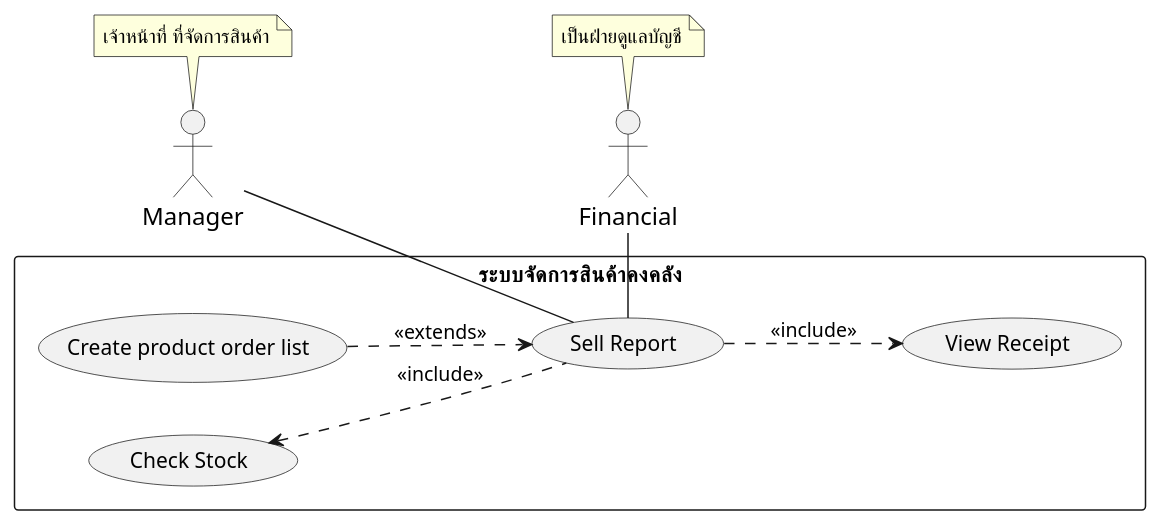
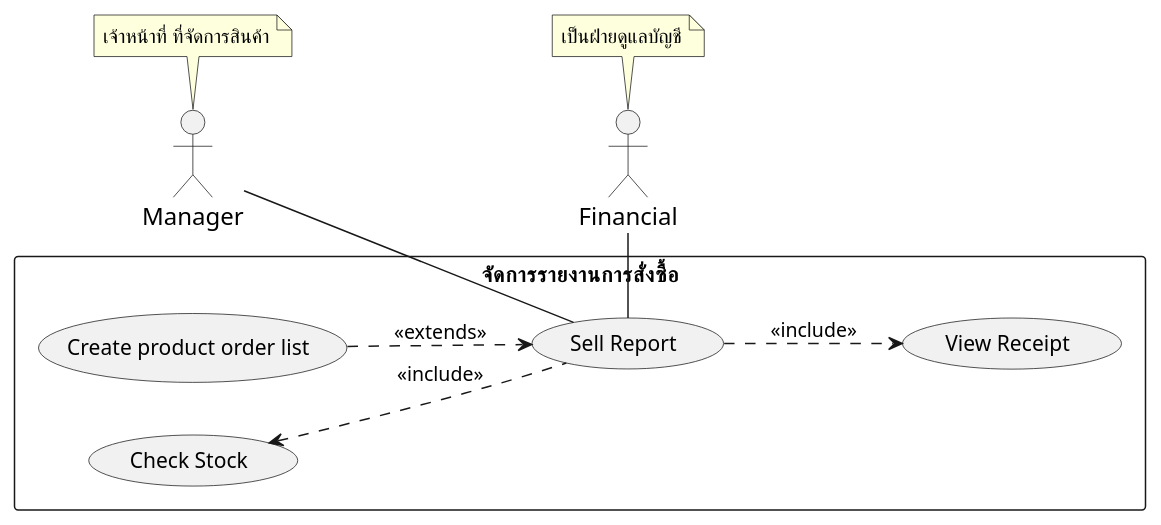
One commit to billowdev/inventory-system-plantuml-sequelize-seeder-example changed the diagram in system-analysis/usecase/_7_usecase-sell-report.puml. Above: the diagram before and after it, drawn with PlantUML.

```diff
--- a/system-analysis/usecase/_7_usecase-sell-report.puml
+++ b/system-analysis/usecase/_7_usecase-sell-report.puml
@@ -1,87 +1,86 @@
 @startuml
 'https://plantuml.com/usecase-diagram
 left to right direction
 skinparam sequence {
     ParticipantFontName Thai
     ParticipantFontSize 16
     ActorFontSize 16
     ActorFontName Thai
 }
 'skinparam linetype polyline
 ' skinparam linetype ortho
 
 skinparam Participant{
     FontColor #efefef
     BorderColor #c0c0c0
 }
 skinparam Sequence{
     ParticipantBorderThickness .5
     LifeLineBorderColor #8a8a8a
 }
 
 
 ' =================== Manager ===================
 ' role - เจ้าหน้าที่ ที่จัดการสินค้า ให้คงคลังสินค้าอยู่เสมอ
 ' duty - บริหารจัดการ stock สินค้า ทั้งการจำหน่ายออก และการรับสินค้ารวมถึงการ
 ' ออกใบสั่งของ การเช็คสินค้าและการทำรายงานต่างๆ
 actor Manager as actorManager
 note top of actorManager : เจ้าหน้าที่ ที่จัดการสินค้า
 
 ' =================== Financial ===================
 ' role - เป็นฝ่ายดูแลบัญชีและการเงินของบริษัท
 ' duty - รับข้อมูลการซื้อและขายสินค้า
 actor Financial as actorFinancial
 note top of actorFinancial : เป็นฝ่ายดูแลบัญชี
 
 
 
 ' =================== Stock System ===================
-rectangle "ระบบจัดการสินค้าคงคลัง" as stockSystem {
-
+rectangle "จัดการรายงานการสั่งซื้อ" as manageSellReport {
 
     ' ================ Reporting ================
     '   การทำรายงาน
     usecase (Sell Report) as (usecaseSellReport)
 
 
 
     usecase (View Receipt) as (usecaseViewReceipt)
 
 
 
     usecase (Create product order list) as (usecaseCreateProductOrderList)
 
     ' ================ Stock ================
     usecase (Check Stock) as (usecaseCheckStock)
 
 
 
     '===========================================================
     ' ===                  Associate Flow                    ===
     '===========================================================
 
     ' ===  ความสัมพันธ์ระหว่าง actor และ usecase ในส่วนของการสออกรายงาน ===
     actorManager -- (usecaseSellReport)
     actorFinancial -right- (usecaseSellReport)
 
 
     ' ================ Reporting ================
     '   การทำรายงาน
 
     (usecaseSellReport) ..> (usecaseViewReceipt)    : <<include>>
     (usecaseCheckStock)  <.. (usecaseSellReport)  : <<include>>
     (usecaseCreateProductOrderList) ..>  (usecaseSellReport)   : <<extends>>
 
 '    (usecaseViewProduct) <... (usecaseCreateProductOrderList) : <<include>>
 '    (usecaseConfirmOrderList) ..> (usecaseCreateProductOrderList) : <<extends>>
 '    (usecaseOrderProductFromSupplier) ...> (usecaseConfirmOrderList)  : <<extend>>
 '
 '    actorSupplier -- (usecaseOrderProductFromSupplier)
 '    actorCEO -- (usecaseConfirmOrderList)
 
 
 
 
 }
 
 @enduml
```
